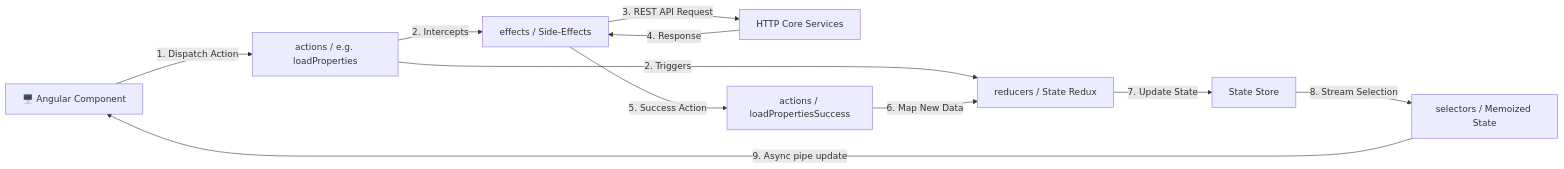
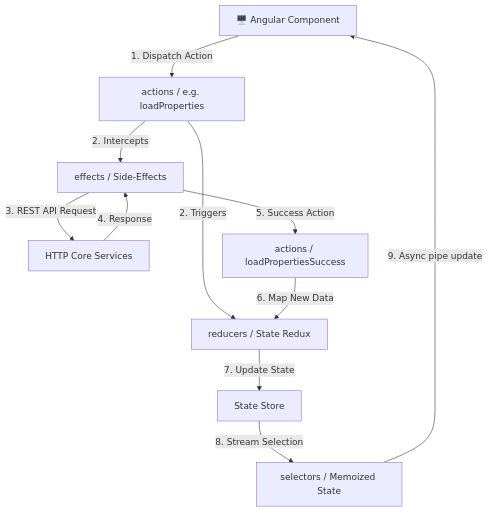
One commit to saksham2882/property-rental-management-system changed the fourth of 7 diagrams in rental-portal-frontend/README.md. Above: the diagram before and after it, drawn with Mermaid. The commit also changed other lines of this file, not shown here.

````diff
--- a/rental-portal-frontend/README.md
+++ b/rental-portal-frontend/README.md
@@ -165,15 +162,15 @@
 ```mermaid
-flowchart LR
-    UI[🖥️ Angular Component] -->|1. Dispatch Action| Action[actions / e.g. loadProperties]
-    Action -->|2. Triggers| Reducer[reducers / State Redux]
-    Action -->|2. Intercepts| Effect[effects / Side-Effects]
+flowchart TD
+    UI[🖥️ Angular Component] -->|1. Dispatch Action| Action["actions / e.g. loadProperties"]
+    Action -->|2. Triggers| Reducer["reducers / State Redux"]
+    Action -->|2. Intercepts| Effect["effects / Side-Effects"]
     
-    Effect -->|3. REST API Request| Service[HTTP Core Services]
+    Effect -->|3. REST API Request| Service["HTTP Core Services"]
     Service -->|4. Response| Effect
-    Effect -->|5. Success Action| ActionSuccess[actions / loadPropertiesSuccess]
+    Effect -->|5. Success Action| ActionSuccess["actions / loadPropertiesSuccess"]
     ActionSuccess -->|6. Map New Data| Reducer
     
-    Reducer -->|7. Update State| Store[State Store]
-    Store -->|8. Stream Selection| Selector[selectors / Memoized State]
+    Reducer -->|7. Update State| Store["State Store"]
+    Store -->|8. Stream Selection| Selector["selectors / Memoized State"]
     Selector -->|9. Async pipe update| UI
 ```
````
